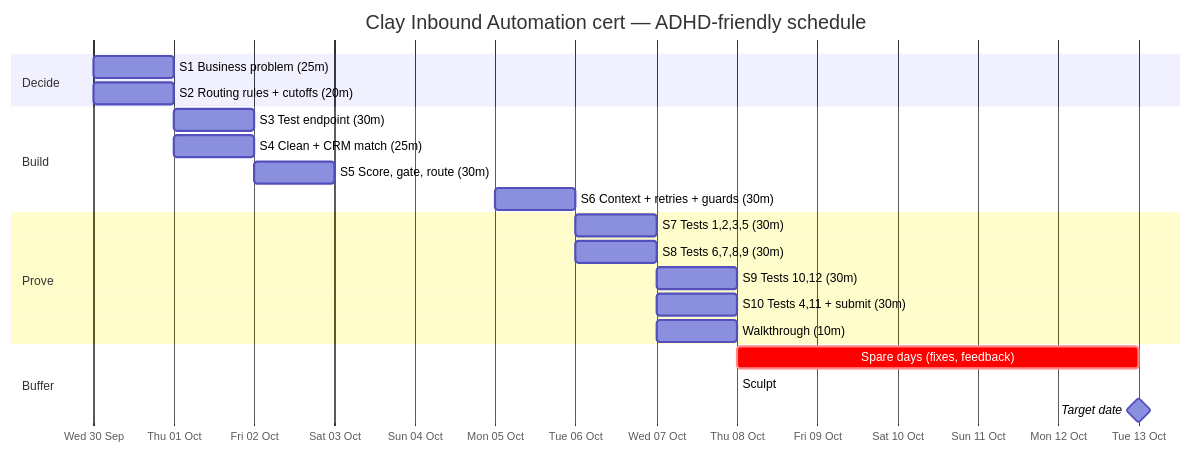
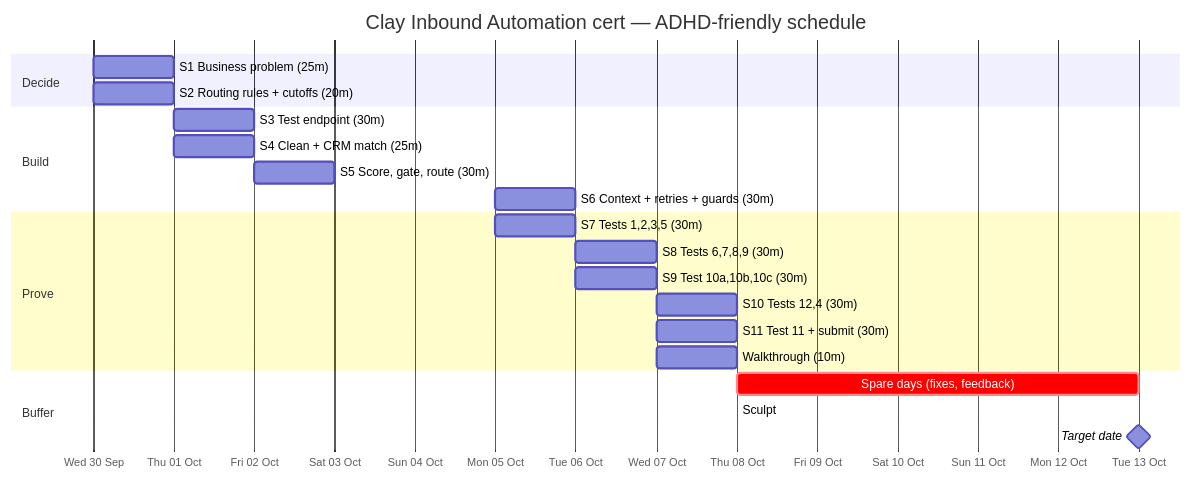
The diagram in clay-cert-plan/PLAN.md (davidthierryknox-dot/davidknox-ai), drawn with Mermaid before and after one commit. The commit also changed other lines of this file, not shown here.

First line of the commit message:
Map the 12 tests to supplied case IDs, add routing defaults, split test 10 into three subtests

````diff
--- a/clay-cert-plan/PLAN.md
+++ b/clay-cert-plan/PLAN.md
@@ -129,24 +178,25 @@
 ```mermaid
 gantt
     title Clay Inbound Automation cert — ADHD-friendly schedule
     dateFormat  YYYY-MM-DD
     axisFormat  %a %d %b
     section Decide
-    S1 Business problem (25m)          :s1, 2026-09-30, 1d
-    S2 Routing rules + cutoffs (20m)   :s2, 2026-09-30, 1d
+    S1 Business problem (25m)           :s1, 2026-09-30, 1d
+    S2 Routing rules + cutoffs (20m)    :s2, 2026-09-30, 1d
     section Build
-    S3 Test endpoint (30m)             :s3, 2026-10-01, 1d
-    S4 Clean + CRM match (25m)         :s4, 2026-10-01, 1d
-    S5 Score, gate, route (30m)        :s5, 2026-10-02, 1d
-    S6 Context + retries + guards (30m):s6, 2026-10-05, 1d
+    S3 Test endpoint (30m)              :s3, 2026-10-01, 1d
+    S4 Clean + CRM match (25m)          :s4, 2026-10-01, 1d
+    S5 Score, gate, route (30m)         :s5, 2026-10-02, 1d
+    S6 Context + retries + guards (30m) :s6, 2026-10-05, 1d
     section Prove
-    S7 Tests 1,2,3,5 (30m)             :s7, 2026-10-06, 1d
-    S8 Tests 6,7,8,9 (30m)             :s8, 2026-10-06, 1d
-    S9 Tests 10,12 (30m)               :s9, 2026-10-07, 1d
-    S10 Tests 4,11 + submit (30m)      :s10, 2026-10-07, 1d
-    Walkthrough (10m)                  :w, 2026-10-07, 1d
+    S7 Tests 1,2,3,5 (30m)              :s7, 2026-10-05, 1d
+    S8 Tests 6,7,8,9 (30m)              :s8, 2026-10-06, 1d
+    S9 Test 10a,10b,10c (30m)           :s9, 2026-10-06, 1d
+    S10 Tests 12,4 (30m)                :s10, 2026-10-07, 1d
+    S11 Test 11 + submit (30m)          :s11, 2026-10-07, 1d
+    Walkthrough (10m)                   :w, 2026-10-07, 1d
     section Buffer
-    Spare days (fixes, feedback)       :crit, buf, 2026-10-08, 2026-10-13
-    Sculpt: certs issued               :milestone, 2026-10-08, 0d
-    Target date                        :milestone, 2026-10-13, 0d
+    Spare days (fixes, feedback)        :crit, buf, 2026-10-08, 2026-10-13
+    Sculpt: certs issued                :milestone, 2026-10-08, 0d
+    Target date                         :milestone, 2026-10-13, 0d
 ```
````
